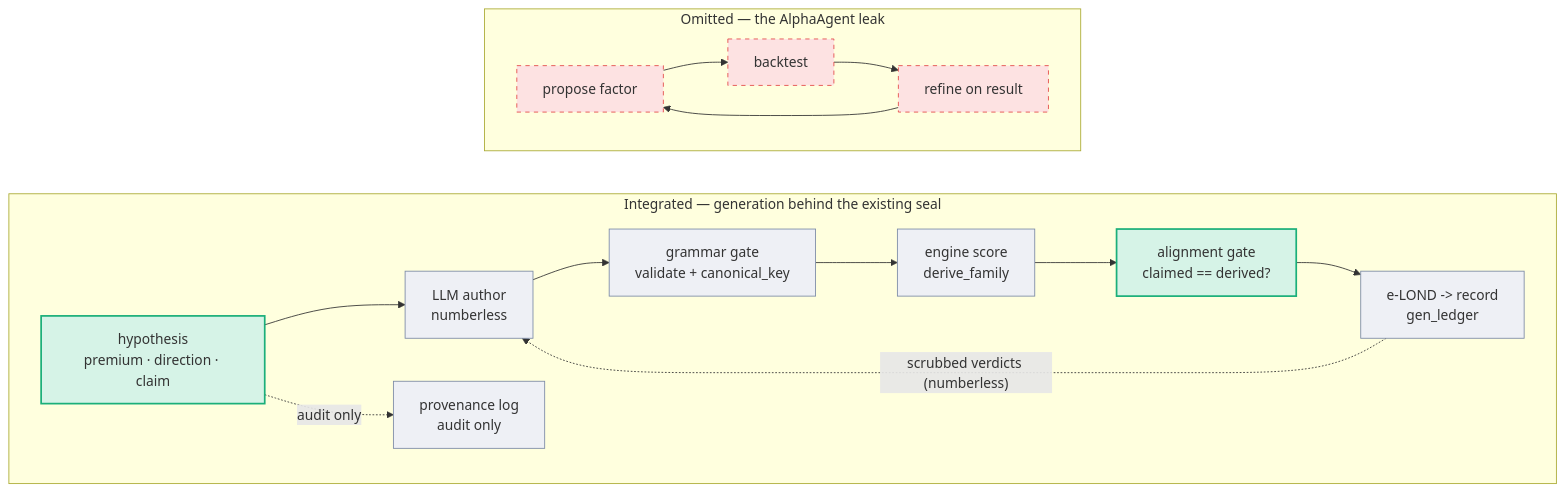
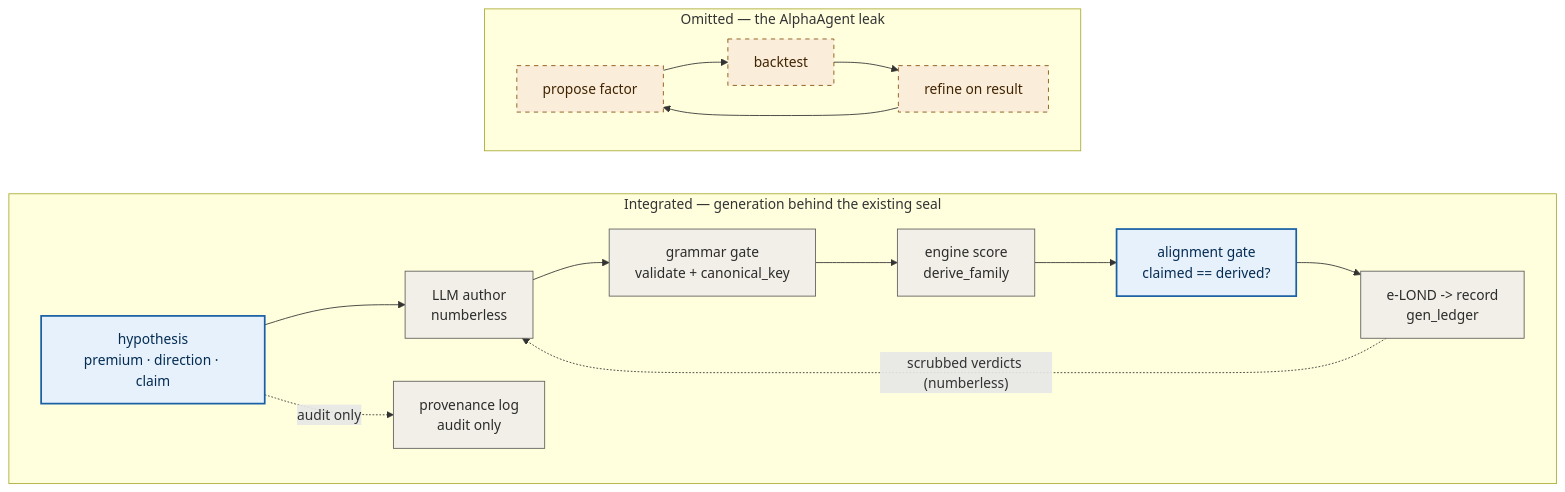
Before and after one commit to l3a0/trading-strategies: the diagram in docs/alphaagent_integration_plan.md, drawn with Mermaid. The commit also changed other lines of this file, not shown here.

Commit message:
docs(alphaagent): accessible colors for the integration diagram
The committed Mermaid set light fills but no explicit text color, so GitHub's dark-mode theme rendered
light-on-light (unreadable); and teal-vs-red is the red-green colorblindness trap. Fix: gray/blue/amber
with explicit dark text (every fill/text pair WCAG AAA), blue-vs-amber (colorblind-safe across
deutan/protan/tritan), and the dashed border on the omitted node kept as a non-color cue. Prose legend
line updated to match.

````diff
--- a/docs/alphaagent_integration_plan.md
+++ b/docs/alphaagent_integration_plan.md
@@ -53,24 +53,24 @@
 ```mermaid
 flowchart LR
     subgraph integrated["Integrated — generation behind the existing seal"]
       direction LR
       H["hypothesis<br/>premium · direction · claim"]:::new
       P["LLM author<br/>numberless"]:::keep
       G["grammar gate<br/>validate + canonical_key"]:::keep
       S["engine score<br/>derive_family"]:::keep
       A["alignment gate<br/>claimed == derived?"]:::new
       E["e-LOND -> record<br/>gen_ledger"]:::keep
       AUD["provenance log<br/>audit only"]:::keep
       H --> P
       H -. audit only .-> AUD
       P --> G --> S --> A --> E
       E -. "scrubbed verdicts (numberless)" .-> P
     end
     subgraph omitted["Omitted — the AlphaAgent leak"]
       direction LR
       F["propose factor"]:::drop --> B["backtest"]:::drop --> Rf["refine on result"]:::drop --> F
     end
-    classDef keep fill:#eef0f5,stroke:#7b8aa6
-    classDef new fill:#d6f3e7,stroke:#1baf7a,stroke-width:2px
-    classDef drop fill:#fde2e2,stroke:#e34948,stroke-dasharray:5
+    classDef keep fill:#f1efe8,stroke:#5f5e5a,color:#2c2c2a
+    classDef new fill:#e6f1fb,stroke:#185fa5,stroke-width:2px,color:#042c53
+    classDef drop fill:#faeeda,stroke:#854f0b,stroke-dasharray:5,color:#412402
 ```
````
